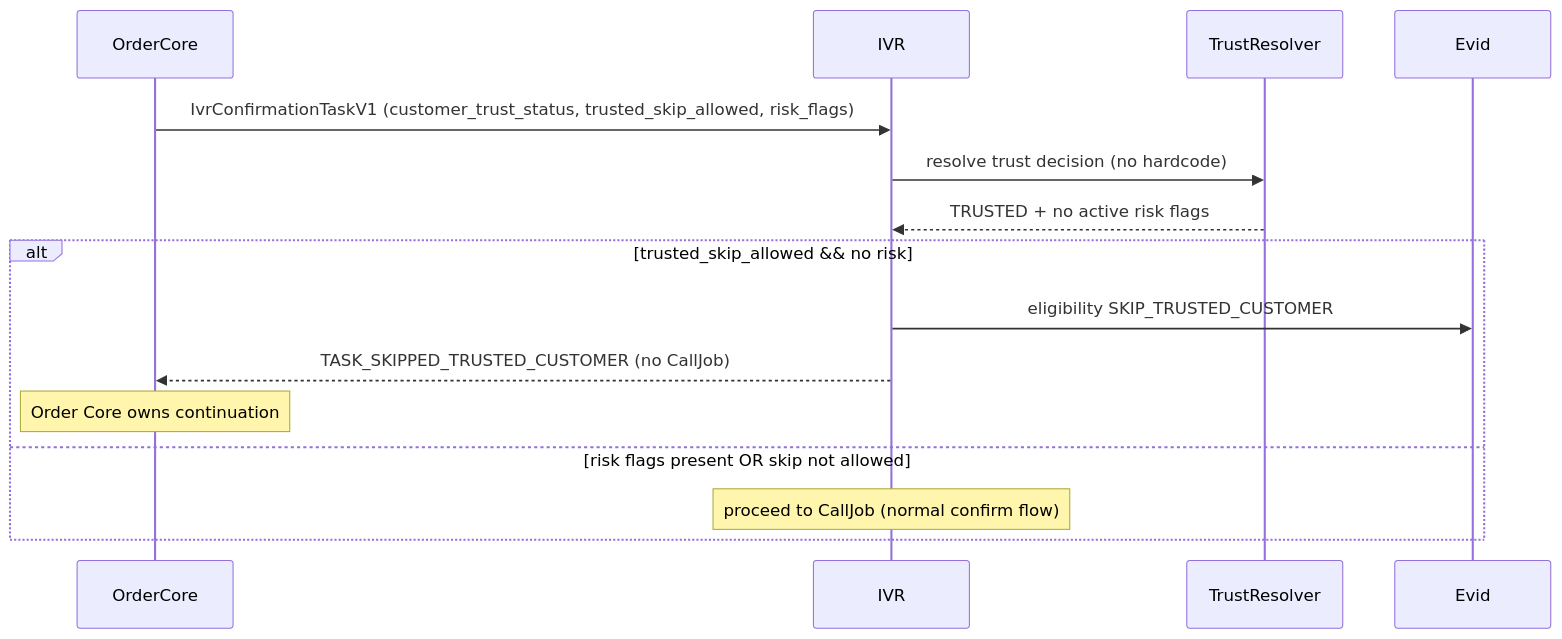
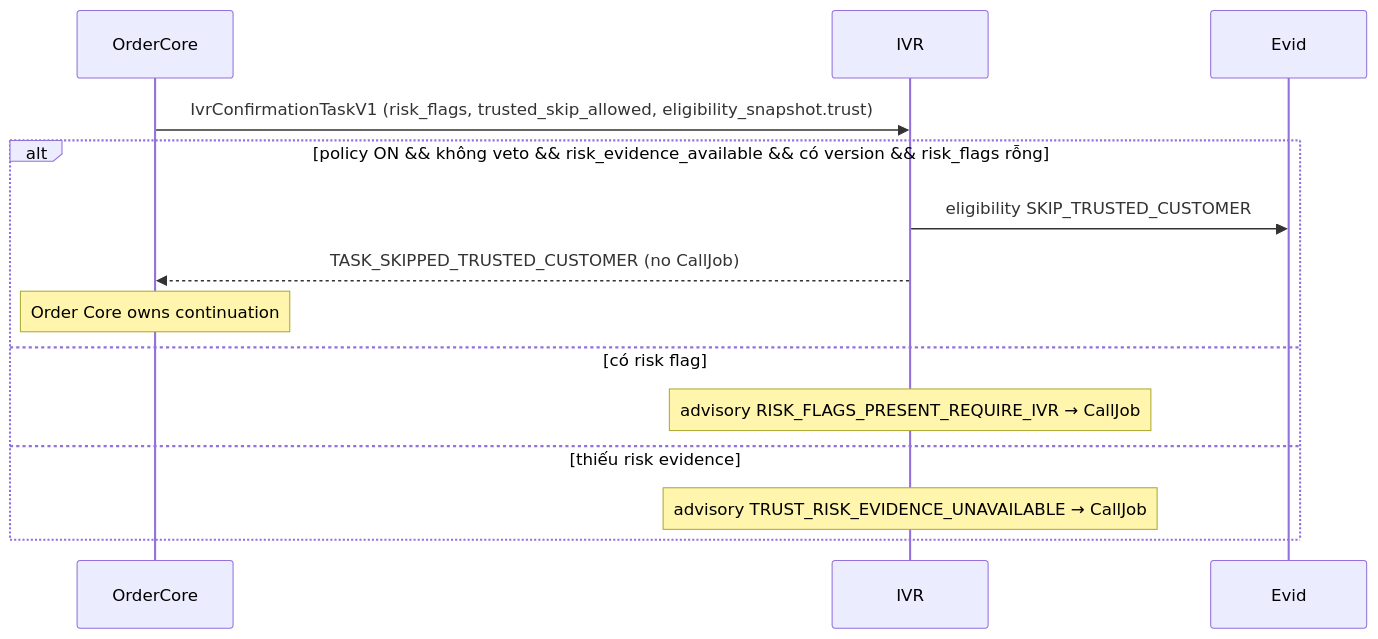
One commit to ngquoctoan2001/ginsengfood-ivr changed the diagram in specs/workflows/07-trusted-skip.md. Above: the diagram before and after it, drawn with Mermaid. The commit also changed other lines of this file and 33 other files, not shown here.

````diff
--- a/specs/workflows/07-trusted-skip.md
+++ b/specs/workflows/07-trusted-skip.md
@@ -9,17 +28,16 @@
 ```mermaid
 sequenceDiagram
     participant OrderCore
     participant IVR
-    participant Trust as TrustResolver
     participant Evid
-    OrderCore->>IVR: IvrConfirmationTaskV1 (customer_trust_status, trusted_skip_allowed, risk_flags)
-    IVR->>Trust: resolve trust decision (no hardcode)
-    Trust-->>IVR: TRUSTED + no active risk flags
-    alt trusted_skip_allowed && no risk
+    OrderCore->>IVR: IvrConfirmationTaskV1 (risk_flags, trusted_skip_allowed, eligibility_snapshot.trust)
+    alt policy ON && không veto && risk_evidence_available && có version && risk_flags rỗng
         IVR->>Evid: eligibility SKIP_TRUSTED_CUSTOMER
         IVR-->>OrderCore: TASK_SKIPPED_TRUSTED_CUSTOMER (no CallJob)
         Note over OrderCore: Order Core owns continuation
-    else risk flags present OR skip not allowed
-        Note over IVR: proceed to CallJob (normal confirm flow)
+    else có risk flag
+        Note over IVR: advisory RISK_FLAGS_PRESENT_REQUIRE_IVR → CallJob
+    else thiếu risk evidence
+        Note over IVR: advisory TRUST_RISK_EVIDENCE_UNAVAILABLE → CallJob
     end
 ```
````
